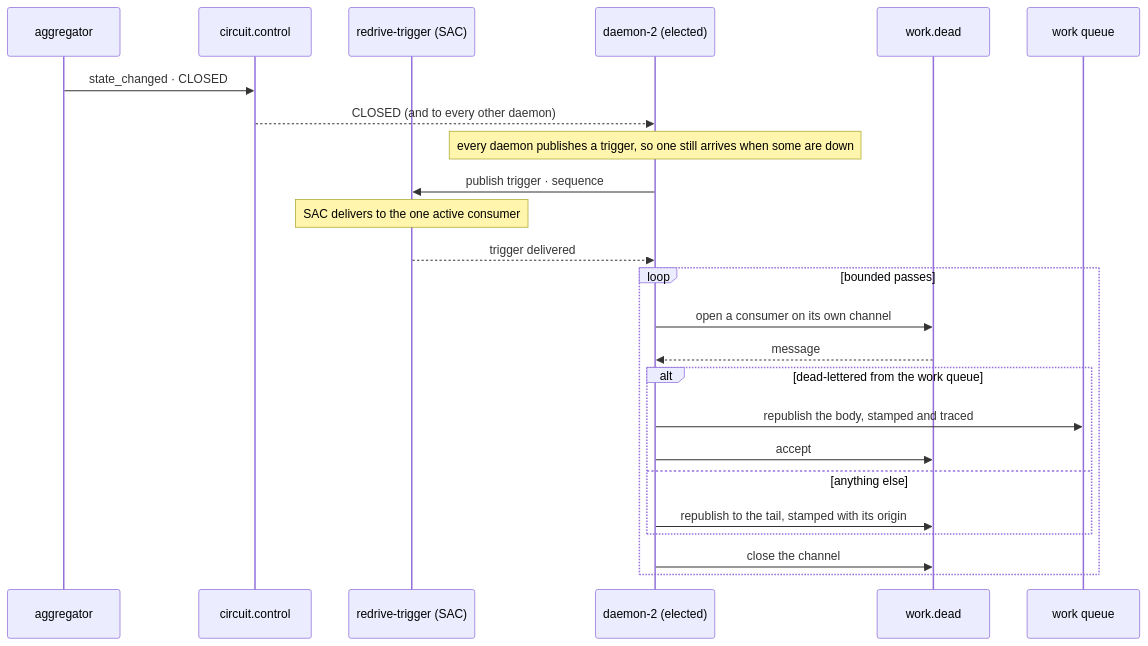
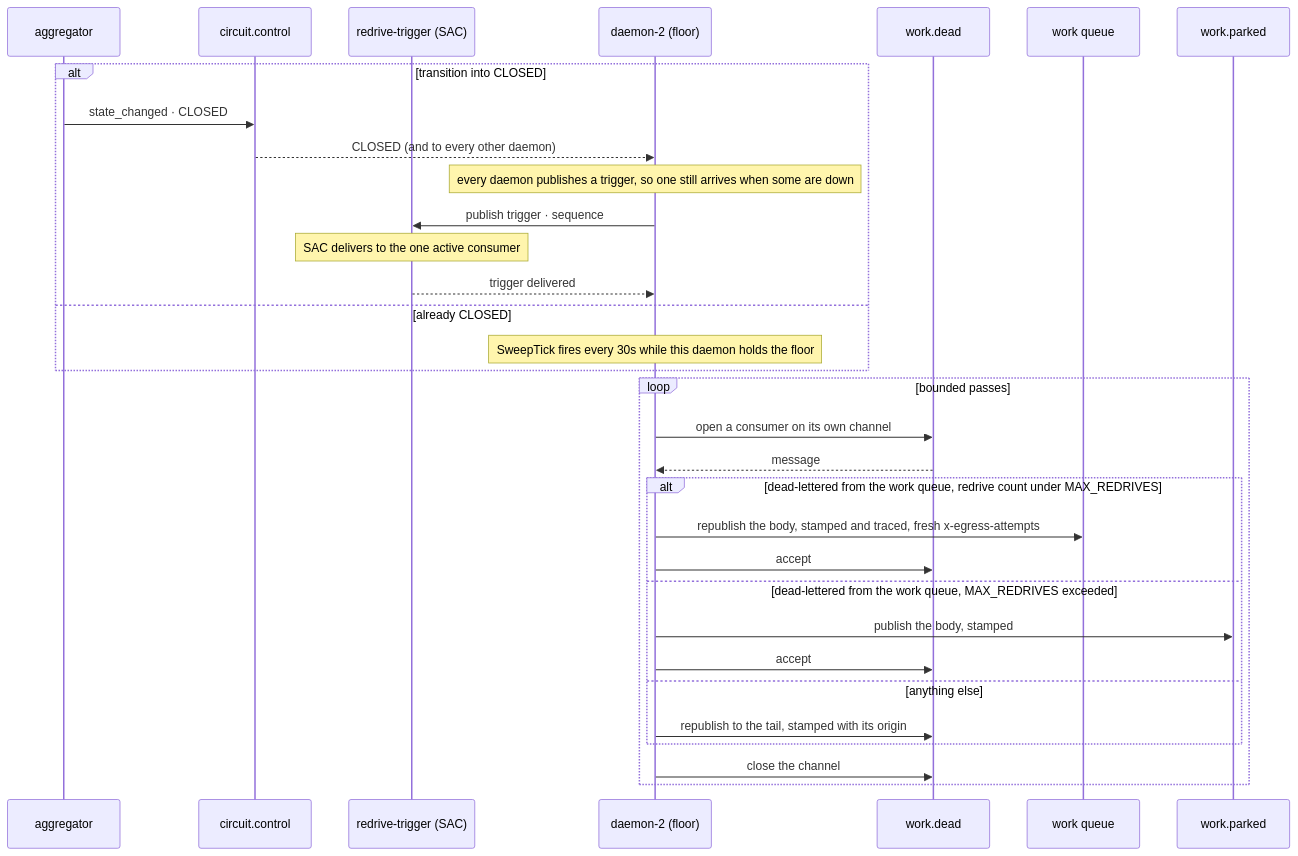
Before and after one commit to lsfera/circuit-breaker-unboxing: the third of 3 diagrams in docs/rmq-control-plane.md, drawn with Mermaid. The commit also changed other lines of this file and 27 other files, not shown here.

````diff
--- a/docs/rmq-control-plane.md
+++ b/docs/rmq-control-plane.md
@@ -179,27 +193,35 @@
 ```mermaid
 sequenceDiagram
   participant Agg as aggregator
   participant Ex as circuit.control
   participant RQ as redrive-trigger (SAC)
-  participant D2 as daemon-2 (elected)
+  participant D2 as daemon-2 (floor)
   participant DLQ as work.dead
   participant WQ as work queue
+  participant PQ as work.parked
 
-  Agg->>Ex: state_changed · CLOSED
-  Ex-->>D2: CLOSED (and to every other daemon)
-  Note over D2: every daemon publishes a trigger, so one still arrives when some are down
-  D2->>RQ: publish trigger · sequence
-  Note over RQ: SAC delivers to the one active consumer
-  RQ-->>D2: trigger delivered
+  alt transition into CLOSED
+    Agg->>Ex: state_changed · CLOSED
+    Ex-->>D2: CLOSED (and to every other daemon)
+    Note over D2: every daemon publishes a trigger, so one still arrives when some are down
+    D2->>RQ: publish trigger · sequence
+    Note over RQ: SAC delivers to the one active consumer
+    RQ-->>D2: trigger delivered
+  else already CLOSED
+    Note over D2: SweepTick fires every 30s while this daemon holds the floor
+  end
   loop bounded passes
     D2->>DLQ: open a consumer on its own channel
     DLQ-->>D2: message
-    alt dead-lettered from the work queue
-      D2->>WQ: republish the body, stamped and traced
+    alt dead-lettered from the work queue, redrive count under MAX_REDRIVES
+      D2->>WQ: republish the body, stamped and traced, fresh x-egress-attempts
+      D2->>DLQ: accept
+    else dead-lettered from the work queue, MAX_REDRIVES exceeded
+      D2->>PQ: publish the body, stamped
       D2->>DLQ: accept
     else anything else
       D2->>DLQ: republish to the tail, stamped with its origin
     end
     D2->>DLQ: close the channel
   end
 ```
````
